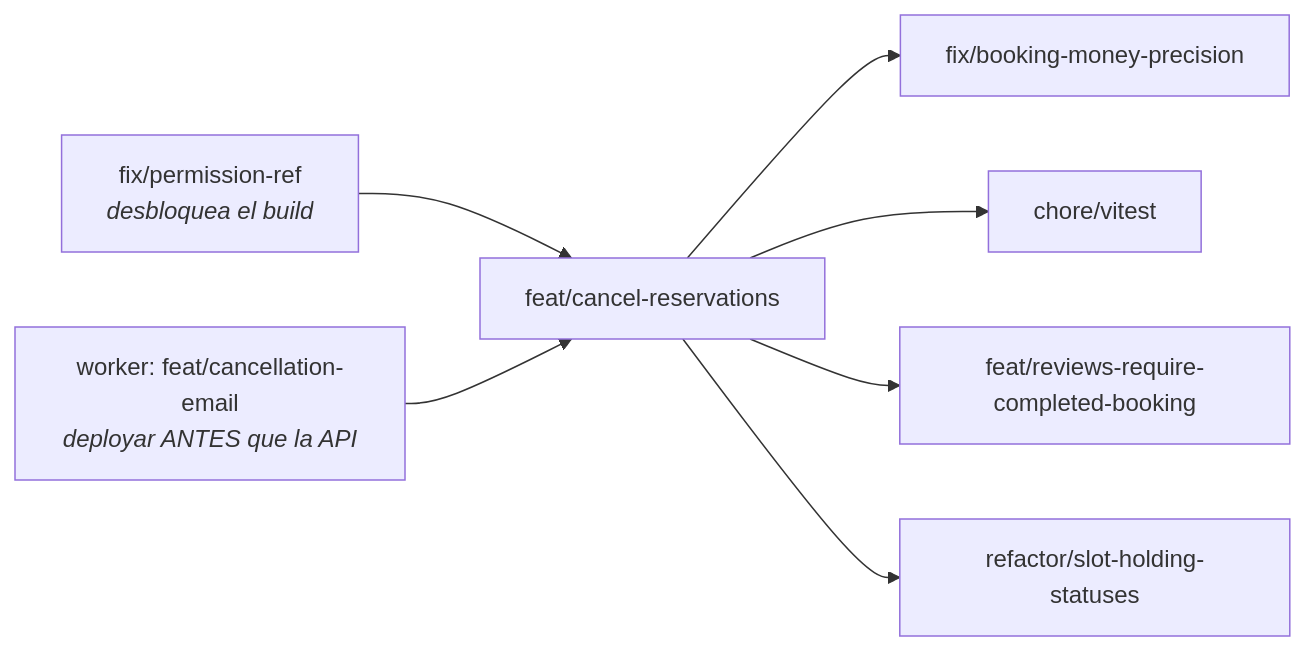
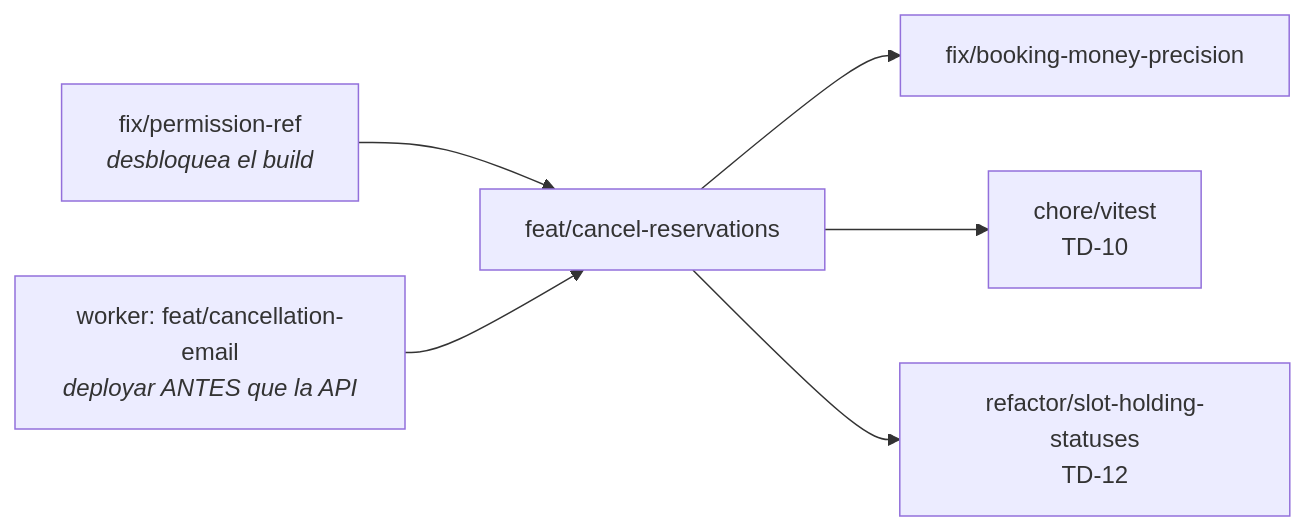
One commit to agustisera1/bookings_app changed the diagram in docs/tech_debt/CANCELLATION_FEATURE_NEXT_STEPS.md. Above: the diagram before and after it, drawn with Mermaid. The commit also changed other lines of this file and 17 other files, not shown here.

````diff
--- a/docs/tech_debt/CANCELLATION_FEATURE_NEXT_STEPS.md
+++ b/docs/tech_debt/CANCELLATION_FEATURE_NEXT_STEPS.md
@@ -26,9 +28,8 @@
 ```mermaid
 graph LR
   A["fix/permission-ref<br/><i>desbloquea el build</i>"] --> B["feat/cancel-reservations"]
   W["worker: feat/cancellation-email<br/><i>deployar ANTES que la API</i>"] --> B
   B --> C["fix/booking-money-precision"]
-  B --> D["chore/vitest"]
-  B --> E["feat/reviews-require-completed-booking"]
-  B --> F["refactor/slot-holding-statuses"]
+  B --> D["chore/vitest<br/>TD-10"]
+  B --> F["refactor/slot-holding-statuses<br/>TD-12"]
 ```
````
